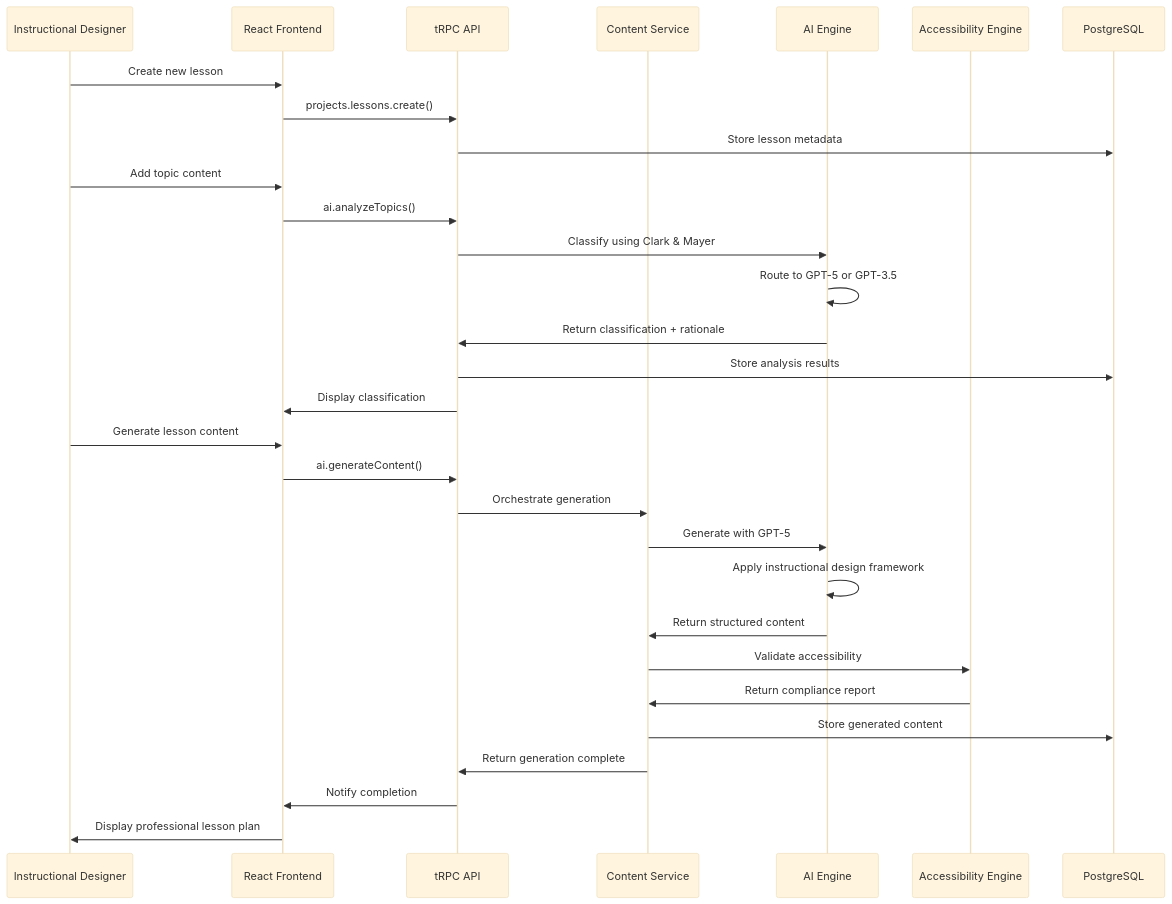
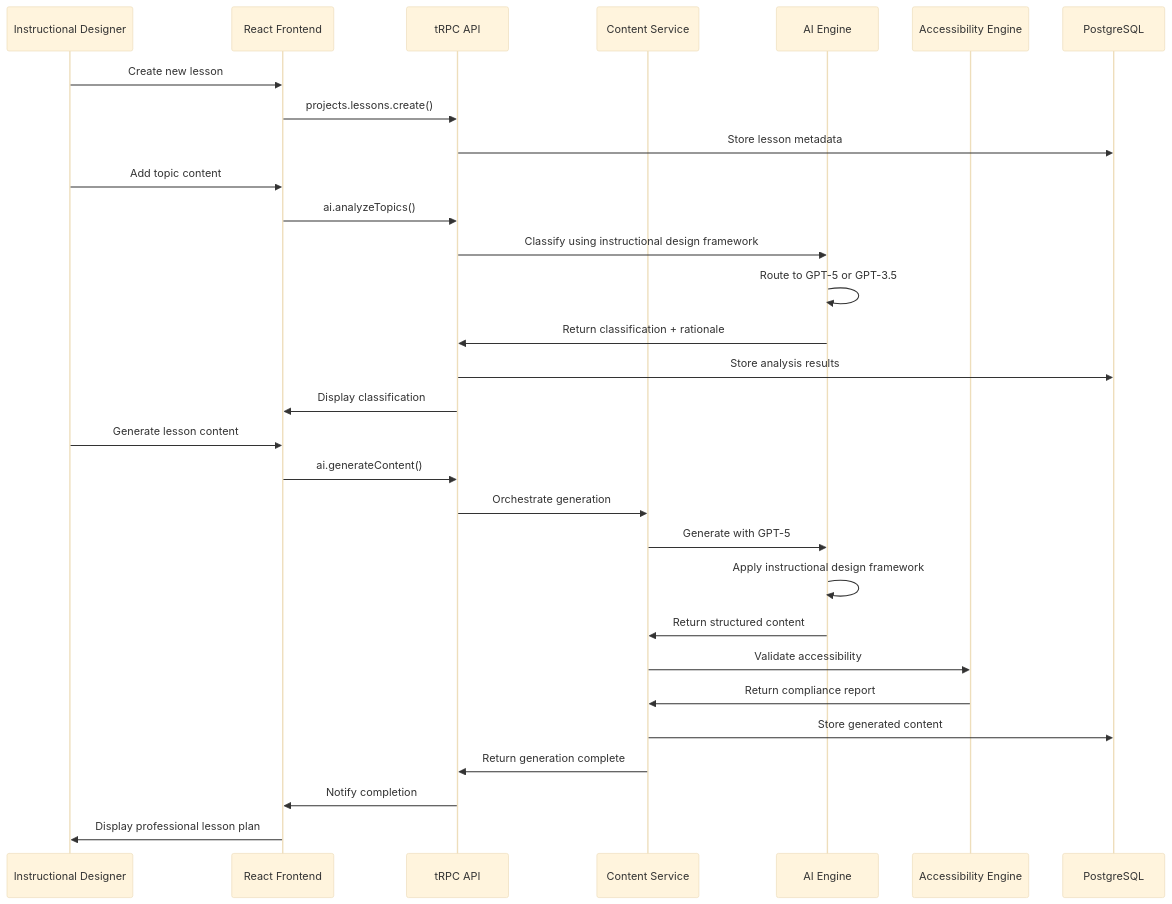
One commit to coursecoder/instructly changed the third of 6 diagrams in docs/architecture.md. Above: the diagram before and after it, drawn with Mermaid (base theme). The commit also changed other lines of this file and 23 other files, not shown here.

First line of the commit message:
docs: Add comprehensive product requirements and architecture documentation

````diff
--- a/docs/architecture.md
+++ b/docs/architecture.md
@@ -581,36 +581,36 @@
 ```mermaid
 sequenceDiagram
     participant User as Instructional Designer
     participant UI as React Frontend
     participant API as tRPC API
     participant Content as Content Service
     participant AI as AI Engine
     participant Access as Accessibility Engine
     participant DB as PostgreSQL
     
     User->>UI: Create new lesson
     UI->>API: projects.lessons.create()
     API->>DB: Store lesson metadata
     
     User->>UI: Add topic content
     UI->>API: ai.analyzeTopics()
-    API->>AI: Classify using Clark & Mayer
+    API->>AI: Classify using instructional design framework
     AI->>AI: Route to GPT-5 or GPT-3.5
     AI->>API: Return classification + rationale
     API->>DB: Store analysis results
     API->>UI: Display classification
     
     User->>UI: Generate lesson content
     UI->>API: ai.generateContent()
     API->>Content: Orchestrate generation
     Content->>AI: Generate with GPT-5
     AI->>AI: Apply instructional design framework
     AI->>Content: Return structured content
     Content->>Access: Validate accessibility
     Access->>Content: Return compliance report
     Content->>DB: Store generated content
     Content->>API: Return generation complete
     API->>UI: Notify completion
     
     UI->>User: Display professional lesson plan
 ```
````
